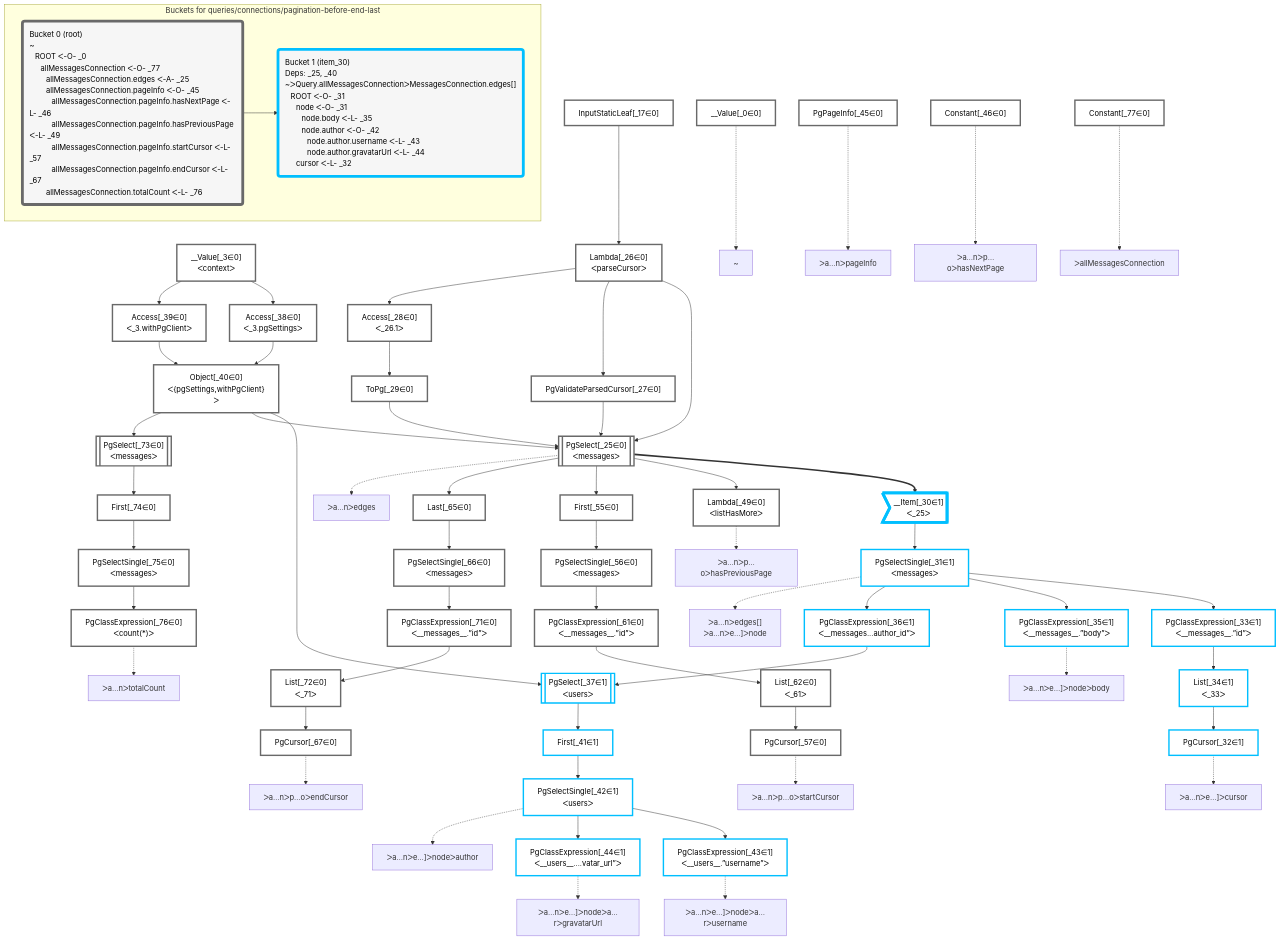
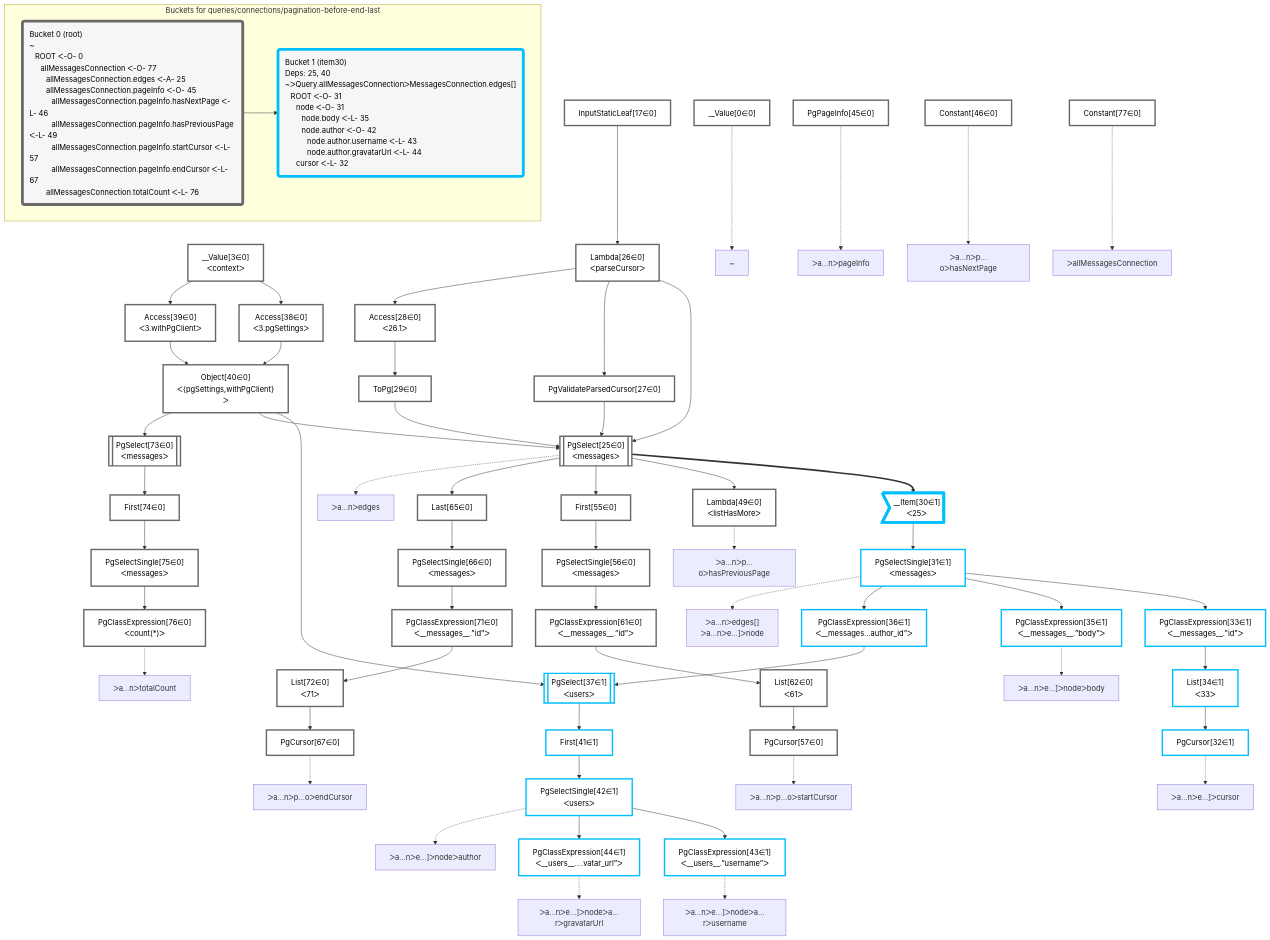
One commit to graphile/crystal changed the diagram in packages/dataplan-pg/__tests__/queries/connections/pagination-before-end-last.deopt.mermaid.md. Above: the diagram before and after it, drawn with Mermaid. The commit also changed 195 other files, not shown here.

````diff
--- a/packages/dataplan-pg/__tests__/queries/connections/pagination-before-end-last.deopt.mermaid.md
+++ b/packages/dataplan-pg/__tests__/queries/connections/pagination-before-end-last.deopt.mermaid.md
@@ -8,124 +8,124 @@
 
 
     %% define plans
-    __Value_0["__Value[_0∈0]"]:::plan
-    PgCursor_32["PgCursor[_32∈1]"]:::plan
-    List_34["List[_34∈1]<br />ᐸ_33ᐳ"]:::plan
-    PgClassExpression_33["PgClassExpression[_33∈1]<br />ᐸ__messages__.”id”ᐳ"]:::plan
-    PgClassExpression_35["PgClassExpression[_35∈1]<br />ᐸ__messages__.”body”ᐳ"]:::plan
-    PgClassExpression_43["PgClassExpression[_43∈1]<br />ᐸ__users__.”username”ᐳ"]:::plan
-    PgClassExpression_44["PgClassExpression[_44∈1]<br />ᐸ__users__....vatar_url”ᐳ"]:::plan
-    PgSelectSingle_42["PgSelectSingle[_42∈1]<br />ᐸusersᐳ"]:::plan
-    First_41["First[_41∈1]"]:::plan
-    PgSelect_37[["PgSelect[_37∈1]<br />ᐸusersᐳ"]]:::plan
-    PgClassExpression_36["PgClassExpression[_36∈1]<br />ᐸ__messages...author_id”ᐳ"]:::plan
-    PgSelectSingle_31["PgSelectSingle[_31∈1]<br />ᐸmessagesᐳ"]:::plan
-    __Item_30>"__Item[_30∈1]<br />ᐸ_25ᐳ"]:::itemplan
-    Lambda_49["Lambda[_49∈0]<br />ᐸlistHasMoreᐳ"]:::plan
-    PgCursor_57["PgCursor[_57∈0]"]:::plan
-    List_62["List[_62∈0]<br />ᐸ_61ᐳ"]:::plan
-    PgClassExpression_61["PgClassExpression[_61∈0]<br />ᐸ__messages__.”id”ᐳ"]:::plan
-    PgSelectSingle_56["PgSelectSingle[_56∈0]<br />ᐸmessagesᐳ"]:::plan
-    First_55["First[_55∈0]"]:::plan
-    PgCursor_67["PgCursor[_67∈0]"]:::plan
-    List_72["List[_72∈0]<br />ᐸ_71ᐳ"]:::plan
-    PgClassExpression_71["PgClassExpression[_71∈0]<br />ᐸ__messages__.”id”ᐳ"]:::plan
-    PgSelectSingle_66["PgSelectSingle[_66∈0]<br />ᐸmessagesᐳ"]:::plan
-    Last_65["Last[_65∈0]"]:::plan
-    PgSelect_25[["PgSelect[_25∈0]<br />ᐸmessagesᐳ"]]:::plan
-    PgClassExpression_76["PgClassExpression[_76∈0]<br />ᐸcount(*)ᐳ"]:::plan
-    PgSelectSingle_75["PgSelectSingle[_75∈0]<br />ᐸmessagesᐳ"]:::plan
-    First_74["First[_74∈0]"]:::plan
-    PgSelect_73[["PgSelect[_73∈0]<br />ᐸmessagesᐳ"]]:::plan
-    Object_40["Object[_40∈0]<br />ᐸ{pgSettings,withPgClient}ᐳ"]:::plan
-    Access_38["Access[_38∈0]<br />ᐸ_3.pgSettingsᐳ"]:::plan
-    Access_39["Access[_39∈0]<br />ᐸ_3.withPgClientᐳ"]:::plan
-    __Value_3["__Value[_3∈0]<br />ᐸcontextᐳ"]:::plan
-    PgValidateParsedCursor_27["PgValidateParsedCursor[_27∈0]"]:::plan
-    ToPg_29["ToPg[_29∈0]"]:::plan
-    Access_28["Access[_28∈0]<br />ᐸ_26.1ᐳ"]:::plan
-    Lambda_26["Lambda[_26∈0]<br />ᐸparseCursorᐳ"]:::plan
-    InputStaticLeaf_17["InputStaticLeaf[_17∈0]"]:::plan
-    Constant_77["Constant[_77∈0]"]:::plan
-    PgPageInfo_45["PgPageInfo[_45∈0]"]:::plan
-    Constant_46["Constant[_46∈0]"]:::plan
+    __Value0["__Value[0∈0]"]:::plan
+    PgCursor32["PgCursor[32∈1]"]:::plan
+    List34["List[34∈1]<br />ᐸ33ᐳ"]:::plan
+    PgClassExpression33["PgClassExpression[33∈1]<br />ᐸ__messages__.”id”ᐳ"]:::plan
+    PgClassExpression35["PgClassExpression[35∈1]<br />ᐸ__messages__.”body”ᐳ"]:::plan
+    PgClassExpression43["PgClassExpression[43∈1]<br />ᐸ__users__.”username”ᐳ"]:::plan
+    PgClassExpression44["PgClassExpression[44∈1]<br />ᐸ__users__....vatar_url”ᐳ"]:::plan
+    PgSelectSingle42["PgSelectSingle[42∈1]<br />ᐸusersᐳ"]:::plan
+    First41["First[41∈1]"]:::plan
+    PgSelect37[["PgSelect[37∈1]<br />ᐸusersᐳ"]]:::plan
+    PgClassExpression36["PgClassExpression[36∈1]<br />ᐸ__messages...author_id”ᐳ"]:::plan
+    PgSelectSingle31["PgSelectSingle[31∈1]<br />ᐸmessagesᐳ"]:::plan
+    __Item30>"__Item[30∈1]<br />ᐸ25ᐳ"]:::itemplan
+    Lambda49["Lambda[49∈0]<br />ᐸlistHasMoreᐳ"]:::plan
+    PgCursor57["PgCursor[57∈0]"]:::plan
+    List62["List[62∈0]<br />ᐸ61ᐳ"]:::plan
+    PgClassExpression61["PgClassExpression[61∈0]<br />ᐸ__messages__.”id”ᐳ"]:::plan
+    PgSelectSingle56["PgSelectSingle[56∈0]<br />ᐸmessagesᐳ"]:::plan
+    First55["First[55∈0]"]:::plan
+    PgCursor67["PgCursor[67∈0]"]:::plan
+    List72["List[72∈0]<br />ᐸ71ᐳ"]:::plan
+    PgClassExpression71["PgClassExpression[71∈0]<br />ᐸ__messages__.”id”ᐳ"]:::plan
+    PgSelectSingle66["PgSelectSingle[66∈0]<br />ᐸmessagesᐳ"]:::plan
+    Last65["Last[65∈0]"]:::plan
+    PgSelect25[["PgSelect[25∈0]<br />ᐸmessagesᐳ"]]:::plan
+    PgClassExpression76["PgClassExpression[76∈0]<br />ᐸcount(*)ᐳ"]:::plan
+    PgSelectSingle75["PgSelectSingle[75∈0]<br />ᐸmessagesᐳ"]:::plan
+    First74["First[74∈0]"]:::plan
+    PgSelect73[["PgSelect[73∈0]<br />ᐸmessagesᐳ"]]:::plan
+    Object40["Object[40∈0]<br />ᐸ{pgSettings,withPgClient}ᐳ"]:::plan
+    Access38["Access[38∈0]<br />ᐸ3.pgSettingsᐳ"]:::plan
+    Access39["Access[39∈0]<br />ᐸ3.withPgClientᐳ"]:::plan
+    __Value3["__Value[3∈0]<br />ᐸcontextᐳ"]:::plan
+    PgValidateParsedCursor27["PgValidateParsedCursor[27∈0]"]:::plan
+    ToPg29["ToPg[29∈0]"]:::plan
+    Access28["Access[28∈0]<br />ᐸ26.1ᐳ"]:::plan
+    Lambda26["Lambda[26∈0]<br />ᐸparseCursorᐳ"]:::plan
+    InputStaticLeaf17["InputStaticLeaf[17∈0]"]:::plan
+    Constant77["Constant[77∈0]"]:::plan
+    PgPageInfo45["PgPageInfo[45∈0]"]:::plan
+    Constant46["Constant[46∈0]"]:::plan
 
     %% plan dependencies
-    List_34 --> PgCursor_32
-    PgClassExpression_33 --> List_34
-    PgSelectSingle_31 --> PgClassExpression_33
-    PgSelectSingle_31 --> PgClassExpression_35
-    PgSelectSingle_42 --> PgClassExpression_43
-    PgSelectSingle_42 --> PgClassExpression_44
-    First_41 --> PgSelectSingle_42
-    PgSelect_37 --> First_41
-    Object_40 & PgClassExpression_36 --> PgSelect_37
-    PgSelectSingle_31 --> PgClassExpression_36
-    __Item_30 --> PgSelectSingle_31
-    PgSelect_25 ==> __Item_30
-    PgSelect_25 --> Lambda_49
-    List_62 --> PgCursor_57
-    PgClassExpression_61 --> List_62
-    PgSelectSingle_56 --> PgClassExpression_61
-    First_55 --> PgSelectSingle_56
-    PgSelect_25 --> First_55
-    List_72 --> PgCursor_67
-    PgClassExpression_71 --> List_72
-    PgSelectSingle_66 --> PgClassExpression_71
-    Last_65 --> PgSelectSingle_66
-    PgSelect_25 --> Last_65
-    Object_40 & Lambda_26 & PgValidateParsedCursor_27 & ToPg_29 --> PgSelect_25
-    PgSelectSingle_75 --> PgClassExpression_76
-    First_74 --> PgSelectSingle_75
-    PgSelect_73 --> First_74
-    Object_40 --> PgSelect_73
-    Access_38 & Access_39 --> Object_40
-    __Value_3 --> Access_38
-    __Value_3 --> Access_39
-    Lambda_26 --> PgValidateParsedCursor_27
-    Access_28 --> ToPg_29
-    Lambda_26 --> Access_28
-    InputStaticLeaf_17 --> Lambda_26
+    List34 --> PgCursor32
+    PgClassExpression33 --> List34
+    PgSelectSingle31 --> PgClassExpression33
+    PgSelectSingle31 --> PgClassExpression35
+    PgSelectSingle42 --> PgClassExpression43
+    PgSelectSingle42 --> PgClassExpression44
+    First41 --> PgSelectSingle42
+    PgSelect37 --> First41
+    Object40 & PgClassExpression36 --> PgSelect37
+    PgSelectSingle31 --> PgClassExpression36
+    __Item30 --> PgSelectSingle31
+    PgSelect25 ==> __Item30
+    PgSelect25 --> Lambda49
+    List62 --> PgCursor57
+    PgClassExpression61 --> List62
+    PgSelectSingle56 --> PgClassExpression61
+    First55 --> PgSelectSingle56
+    PgSelect25 --> First55
+    List72 --> PgCursor67
+    PgClassExpression71 --> List72
+    PgSelectSingle66 --> PgClassExpression71
+    Last65 --> PgSelectSingle66
+    PgSelect25 --> Last65
+    Object40 & Lambda26 & PgValidateParsedCursor27 & ToPg29 --> PgSelect25
+    PgSelectSingle75 --> PgClassExpression76
+    First74 --> PgSelectSingle75
+    PgSelect73 --> First74
+    Object40 --> PgSelect73
+    Access38 & Access39 --> Object40
+    __Value3 --> Access38
+    __Value3 --> Access39
+    Lambda26 --> PgValidateParsedCursor27
+    Access28 --> ToPg29
+    Lambda26 --> Access28
+    InputStaticLeaf17 --> Lambda26
 
     %% plan-to-path relationships
-    P_0["~"]
-    __Value_0 -.-> P_0
-    P_25["ᐳa…nᐳedges"]
-    PgSelect_25 -.-> P_25
-    P_31["ᐳa…nᐳedges[]<br />ᐳa…nᐳe…]ᐳnode"]
-    PgSelectSingle_31 -.-> P_31
-    P_32["ᐳa…nᐳe…]ᐳcursor"]
-    PgCursor_32 -.-> P_32
-    P_35["ᐳa…nᐳe…]ᐳnodeᐳbody"]
-    PgClassExpression_35 -.-> P_35
-    P_42["ᐳa…nᐳe…]ᐳnodeᐳauthor"]
-    PgSelectSingle_42 -.-> P_42
-    P_43["ᐳa…nᐳe…]ᐳnodeᐳa…rᐳusername"]
-    PgClassExpression_43 -.-> P_43
-    P_44["ᐳa…nᐳe…]ᐳnodeᐳa…rᐳgravatarUrl"]
-    PgClassExpression_44 -.-> P_44
-    P_45["ᐳa…nᐳpageInfo"]
-    PgPageInfo_45 -.-> P_45
-    P_46["ᐳa…nᐳp…oᐳhasNextPage"]
-    Constant_46 -.-> P_46
-    P_49["ᐳa…nᐳp…oᐳhasPreviousPage"]
-    Lambda_49 -.-> P_49
-    P_57["ᐳa…nᐳp…oᐳstartCursor"]
-    PgCursor_57 -.-> P_57
-    P_67["ᐳa…nᐳp…oᐳendCursor"]
-    PgCursor_67 -.-> P_67
-    P_76["ᐳa…nᐳtotalCount"]
-    PgClassExpression_76 -.-> P_76
-    P_77["ᐳallMessagesConnection"]
-    Constant_77 -.-> P_77
+    P0["~"]
+    __Value0 -.-> P0
+    P25["ᐳa…nᐳedges"]
+    PgSelect25 -.-> P25
+    P31["ᐳa…nᐳedges[]<br />ᐳa…nᐳe…]ᐳnode"]
+    PgSelectSingle31 -.-> P31
+    P32["ᐳa…nᐳe…]ᐳcursor"]
+    PgCursor32 -.-> P32
+    P35["ᐳa…nᐳe…]ᐳnodeᐳbody"]
+    PgClassExpression35 -.-> P35
+    P42["ᐳa…nᐳe…]ᐳnodeᐳauthor"]
+    PgSelectSingle42 -.-> P42
+    P43["ᐳa…nᐳe…]ᐳnodeᐳa…rᐳusername"]
+    PgClassExpression43 -.-> P43
+    P44["ᐳa…nᐳe…]ᐳnodeᐳa…rᐳgravatarUrl"]
+    PgClassExpression44 -.-> P44
+    P45["ᐳa…nᐳpageInfo"]
+    PgPageInfo45 -.-> P45
+    P46["ᐳa…nᐳp…oᐳhasNextPage"]
+    Constant46 -.-> P46
+    P49["ᐳa…nᐳp…oᐳhasPreviousPage"]
+    Lambda49 -.-> P49
+    P57["ᐳa…nᐳp…oᐳstartCursor"]
+    PgCursor57 -.-> P57
+    P67["ᐳa…nᐳp…oᐳendCursor"]
+    PgCursor67 -.-> P67
+    P76["ᐳa…nᐳtotalCount"]
+    PgClassExpression76 -.-> P76
+    P77["ᐳallMessagesConnection"]
+    Constant77 -.-> P77
 
     subgraph "Buckets for queries/connections/pagination-before-end-last"
-    Bucket0("Bucket 0 (root)<br />~<br />⠀ROOT ᐸ-O- _0<br />⠀⠀allMessagesConnection ᐸ-O- _77<br />⠀⠀⠀allMessagesConnection.edges ᐸ-A- _25<br />⠀⠀⠀allMessagesConnection.pageInfo ᐸ-O- _45<br />⠀⠀⠀⠀allMessagesConnection.pageInfo.hasNextPage ᐸ-L- _46<br />⠀⠀⠀⠀allMessagesConnection.pageInfo.hasPreviousPage ᐸ-L- _49<br />⠀⠀⠀⠀allMessagesConnection.pageInfo.startCursor ᐸ-L- _57<br />⠀⠀⠀⠀allMessagesConnection.pageInfo.endCursor ᐸ-L- _67<br />⠀⠀⠀allMessagesConnection.totalCount ᐸ-L- _76"):::bucket
+    Bucket0("Bucket 0 (root)<br />~<br />⠀ROOT ᐸ-O- 0<br />⠀⠀allMessagesConnection ᐸ-O- 77<br />⠀⠀⠀allMessagesConnection.edges ᐸ-A- 25<br />⠀⠀⠀allMessagesConnection.pageInfo ᐸ-O- 45<br />⠀⠀⠀⠀allMessagesConnection.pageInfo.hasNextPage ᐸ-L- 46<br />⠀⠀⠀⠀allMessagesConnection.pageInfo.hasPreviousPage ᐸ-L- 49<br />⠀⠀⠀⠀allMessagesConnection.pageInfo.startCursor ᐸ-L- 57<br />⠀⠀⠀⠀allMessagesConnection.pageInfo.endCursor ᐸ-L- 67<br />⠀⠀⠀allMessagesConnection.totalCount ᐸ-L- 76"):::bucket
     classDef bucket0 stroke:#696969
-    class Bucket0,__Value_0,__Value_3,InputStaticLeaf_17,PgSelect_25,Lambda_26,PgValidateParsedCursor_27,Access_28,ToPg_29,Access_38,Access_39,Object_40,PgPageInfo_45,Constant_46,Lambda_49,First_55,PgSelectSingle_56,PgCursor_57,PgClassExpression_61,List_62,Last_65,PgSelectSingle_66,PgCursor_67,PgClassExpression_71,List_72,PgSelect_73,First_74,PgSelectSingle_75,PgClassExpression_76,Constant_77 bucket0
-    Bucket1("Bucket 1 (item_30)<br />Deps: _25, _40<br />~ᐳQuery.allMessagesConnectionᐳMessagesConnection.edges[]<br />⠀ROOT ᐸ-O- _31<br />⠀⠀node ᐸ-O- _31<br />⠀⠀⠀node.body ᐸ-L- _35<br />⠀⠀⠀node.author ᐸ-O- _42<br />⠀⠀⠀⠀node.author.username ᐸ-L- _43<br />⠀⠀⠀⠀node.author.gravatarUrl ᐸ-L- _44<br />⠀⠀cursor ᐸ-L- _32"):::bucket
+    class Bucket0,__Value0,__Value3,InputStaticLeaf17,PgSelect25,Lambda26,PgValidateParsedCursor27,Access28,ToPg29,Access38,Access39,Object40,PgPageInfo45,Constant46,Lambda49,First55,PgSelectSingle56,PgCursor57,PgClassExpression61,List62,Last65,PgSelectSingle66,PgCursor67,PgClassExpression71,List72,PgSelect73,First74,PgSelectSingle75,PgClassExpression76,Constant77 bucket0
+    Bucket1("Bucket 1 (item30)<br />Deps: 25, 40<br />~ᐳQuery.allMessagesConnectionᐳMessagesConnection.edges[]<br />⠀ROOT ᐸ-O- 31<br />⠀⠀node ᐸ-O- 31<br />⠀⠀⠀node.body ᐸ-L- 35<br />⠀⠀⠀node.author ᐸ-O- 42<br />⠀⠀⠀⠀node.author.username ᐸ-L- 43<br />⠀⠀⠀⠀node.author.gravatarUrl ᐸ-L- 44<br />⠀⠀cursor ᐸ-L- 32"):::bucket
     classDef bucket1 stroke:#00bfff
-    class Bucket1,__Item_30,PgSelectSingle_31,PgCursor_32,PgClassExpression_33,List_34,PgClassExpression_35,PgClassExpression_36,PgSelect_37,First_41,PgSelectSingle_42,PgClassExpression_43,PgClassExpression_44 bucket1
+    class Bucket1,__Item30,PgSelectSingle31,PgCursor32,PgClassExpression33,List34,PgClassExpression35,PgClassExpression36,PgSelect37,First41,PgSelectSingle42,PgClassExpression43,PgClassExpression44 bucket1
     Bucket0 --> Bucket1
     end
 ```
````
